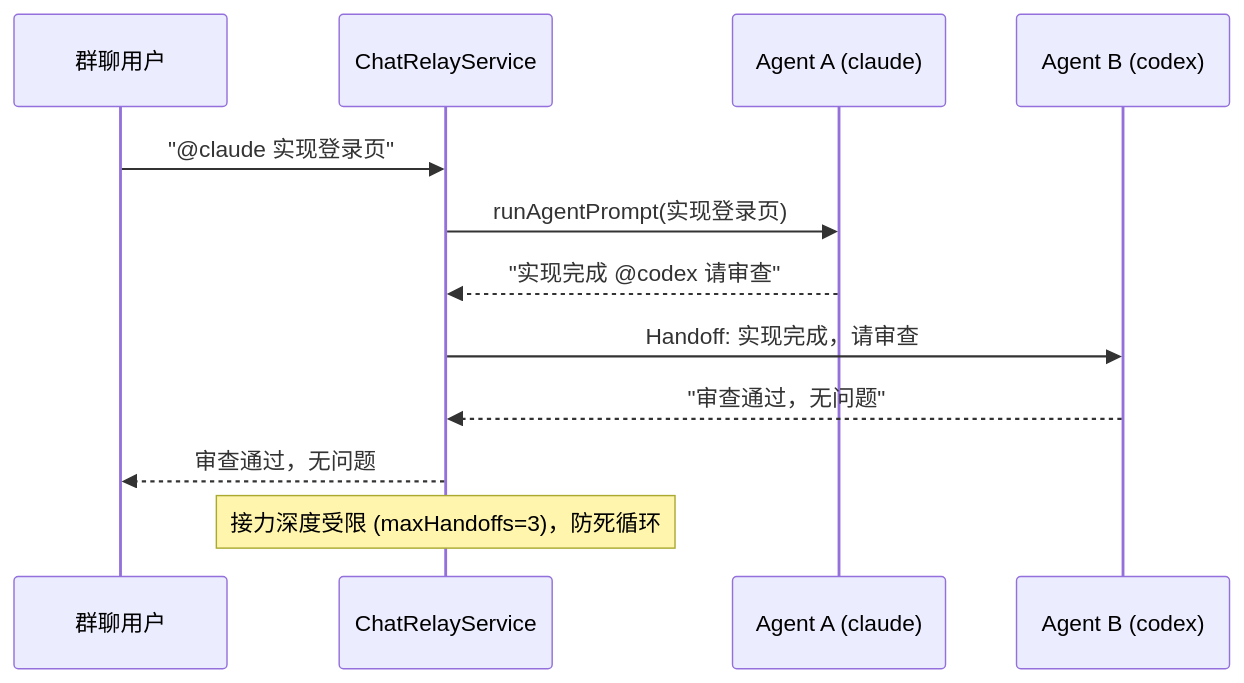
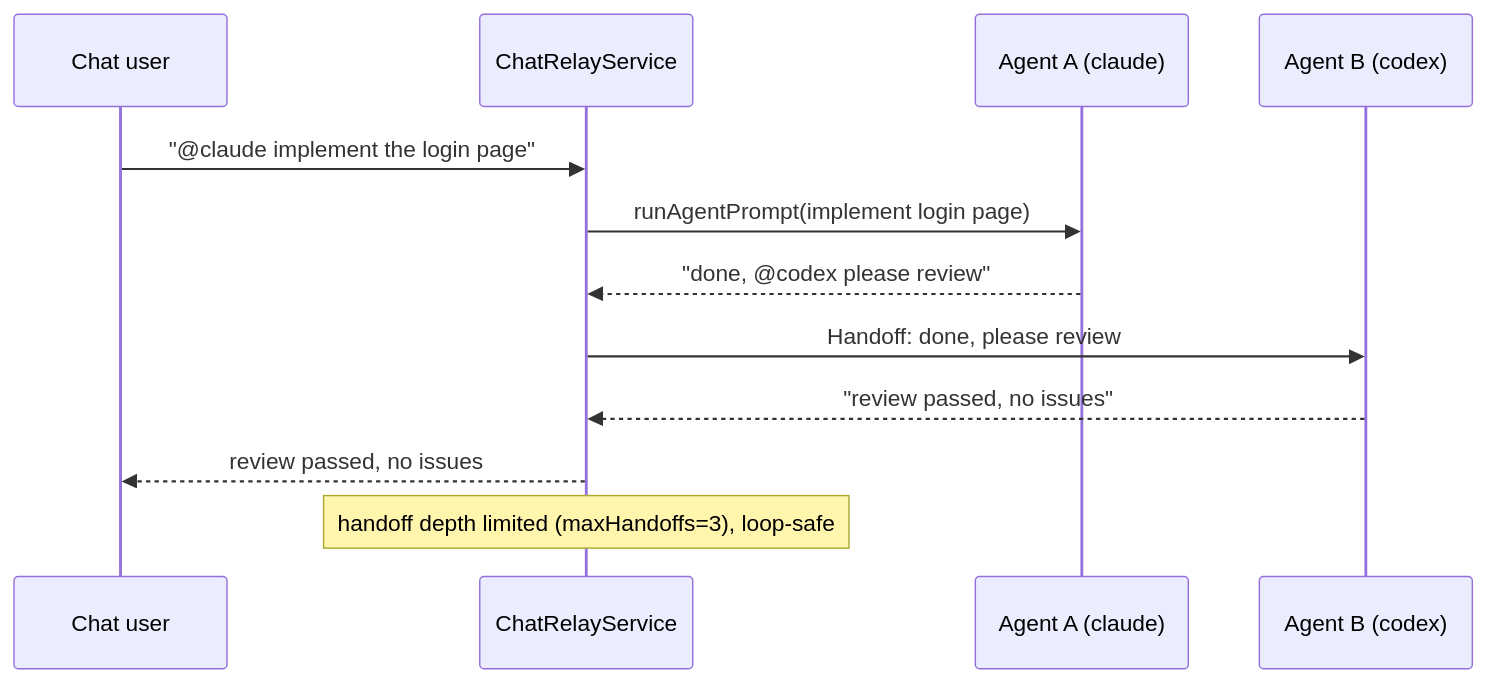
One commit to Madapexai/openwork changed the second of 2 diagrams in README.md. Above: the diagram before and after it, drawn with Mermaid. The commit also changed other lines of this file and 1 other file, not shown here.

````diff
--- a/README.md
+++ b/README.md
@@ -117,15 +100,15 @@
 ```mermaid
 sequenceDiagram
-    participant User as 群聊用户
+    participant User as Chat user
     participant Relay as ChatRelayService
     participant A as Agent A (claude)
     participant B as Agent B (codex)
 
-    User->>Relay: "@claude 实现登录页"
-    Relay->>A: runAgentPrompt(实现登录页)
-    A-->>Relay: "实现完成 @codex 请审查"
-    Relay->>B: Handoff: 实现完成，请审查
-    B-->>Relay: "审查通过，无问题"
-    Relay-->>User: 审查通过，无问题
-    Note over Relay: 接力深度受限 (maxHandoffs=3)，防死循环
+    User->>Relay: "@claude implement the login page"
+    Relay->>A: runAgentPrompt(implement login page)
+    A-->>Relay: "done, @codex please review"
+    Relay->>B: Handoff: done, please review
+    B-->>Relay: "review passed, no issues"
+    Relay-->>User: review passed, no issues
+    Note over Relay: handoff depth limited (maxHandoffs=3), loop-safe
 ```
````
